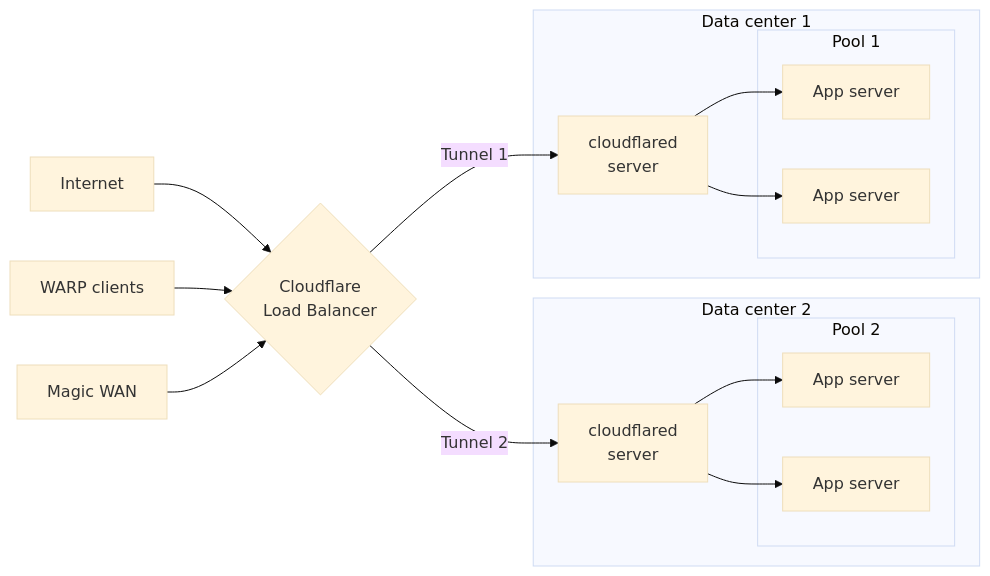
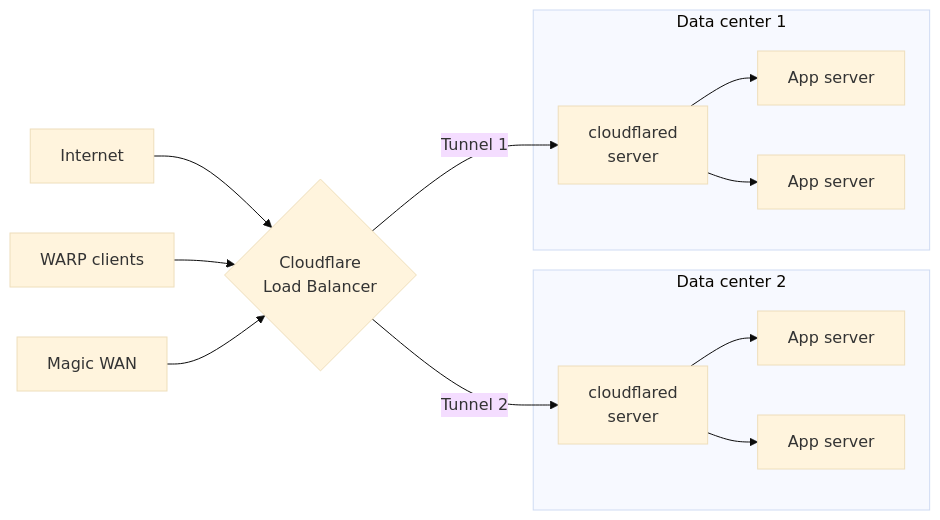
Before and after one commit to sofyanori111-png/cloudflare-docs: the second of 6 diagrams in src/content/docs/cloudflare-one/connections/connect-networks/configure-tunnels/tunnel-availability/index.mdx, drawn with Mermaid (base theme). The commit also changed other lines of this file, not shown here.

Commit message:
edit diagrams

````diff
--- a/src/content/docs/cloudflare-one/connections/connect-networks/configure-tunnels/tunnel-availability/index.mdx
+++ b/src/content/docs/cloudflare-one/connections/connect-networks/configure-tunnels/tunnel-availability/index.mdx
@@ -102,28 +50,25 @@
 ```mermaid
 graph LR
 		accTitle: Load balancing traffic to applications behind Cloudflare Tunnel
 
     A[Internet] --> C{Cloudflare <br> Load Balancer}
     B[WARP clients] --> C
 		M[Magic WAN] --> C
     C -- Tunnel 1 --> cf1
     C -- Tunnel 2 --> cf2
 		subgraph F[Data center 2]
 				cf2[cloudflared <br> server]
-				subgraph pool2[Pool 2]
-       		S3[App server]
-        	S4[App server]
-				end
+       	S3[App server]
+        S4[App server]
 				cf2-->S3
 				cf2-->S4
     end
 		subgraph E[Data center 1]
 				cf1[cloudflared <br> server]
-				subgraph pool1[Pool 1]
-        	S1[App server]
-        	S2[App server]
-				end
+        S1[App server]
+        S2[App server]
 				cf1-->S1
 				cf1-->S2
     end
+
 ```
````
